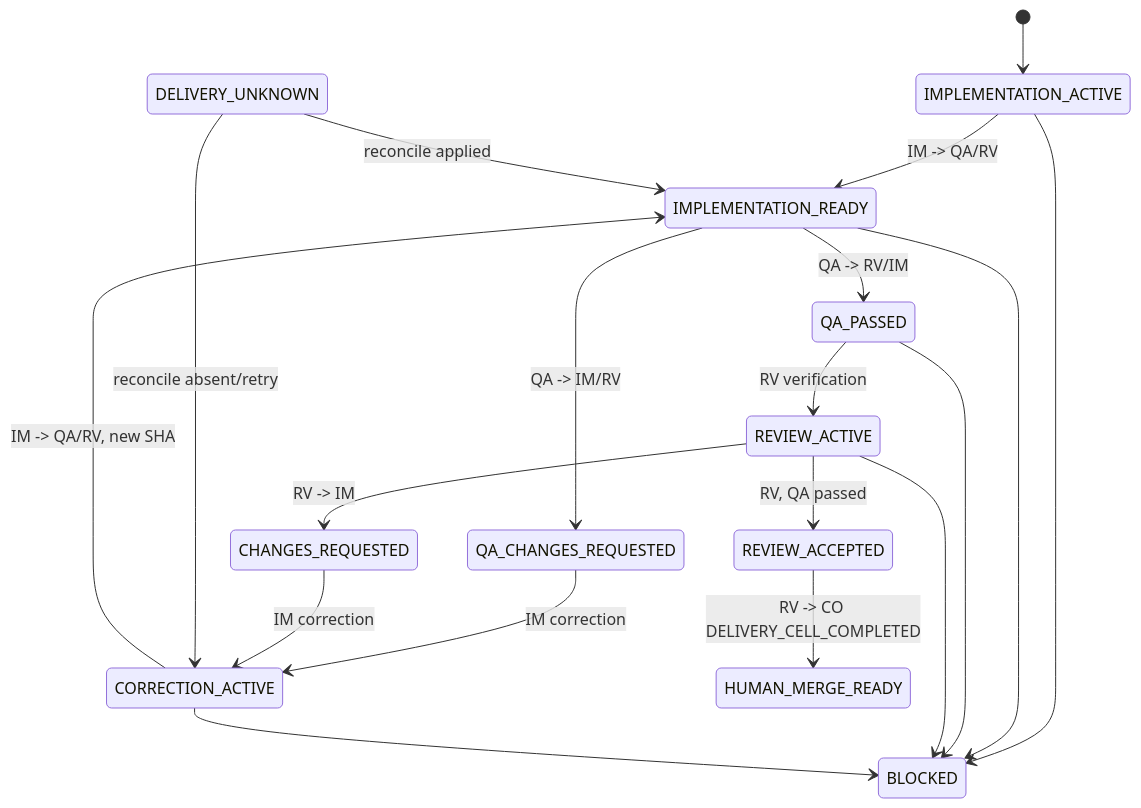
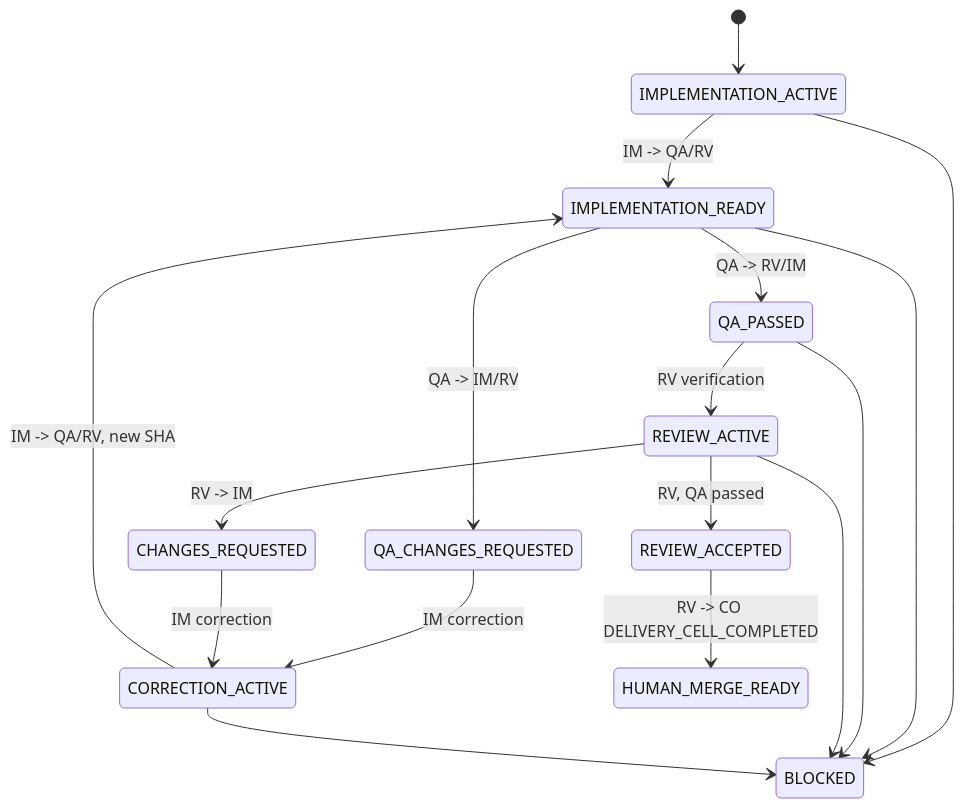
Before and after one commit to barucoh/agentic-sdlc: the second of 2 diagrams in skills/bootstrap-agentic-sdlc/assets/repository/docs/agentic-sdlc/coordination.md, drawn with Mermaid. The commit also changed other lines of this file and 23 other files, not shown here.

````diff
--- a/skills/bootstrap-agentic-sdlc/assets/repository/docs/agentic-sdlc/coordination.md
+++ b/skills/bootstrap-agentic-sdlc/assets/repository/docs/agentic-sdlc/coordination.md
@@ -35,21 +35,19 @@
 ```mermaid
 stateDiagram-v2
   [*] --> IMPLEMENTATION_ACTIVE
   IMPLEMENTATION_ACTIVE --> IMPLEMENTATION_READY: IM -> QA/RV
   IMPLEMENTATION_READY --> QA_PASSED: QA -> RV/IM
   IMPLEMENTATION_READY --> QA_CHANGES_REQUESTED: QA -> IM/RV
   QA_PASSED --> REVIEW_ACTIVE: RV verification
   REVIEW_ACTIVE --> CHANGES_REQUESTED: RV -> IM
   QA_CHANGES_REQUESTED --> CORRECTION_ACTIVE: IM correction
   CHANGES_REQUESTED --> CORRECTION_ACTIVE: IM correction
   CORRECTION_ACTIVE --> IMPLEMENTATION_READY: IM -> QA/RV, new SHA
   REVIEW_ACTIVE --> REVIEW_ACCEPTED: RV, QA passed
   REVIEW_ACCEPTED --> HUMAN_MERGE_READY: RV -> CO DELIVERY_CELL_COMPLETED
   IMPLEMENTATION_ACTIVE --> BLOCKED
   IMPLEMENTATION_READY --> BLOCKED
   QA_PASSED --> BLOCKED
   REVIEW_ACTIVE --> BLOCKED
   CORRECTION_ACTIVE --> BLOCKED
-  DELIVERY_UNKNOWN --> IMPLEMENTATION_READY: reconcile applied
-  DELIVERY_UNKNOWN --> CORRECTION_ACTIVE: reconcile absent/retry
 ```
````
